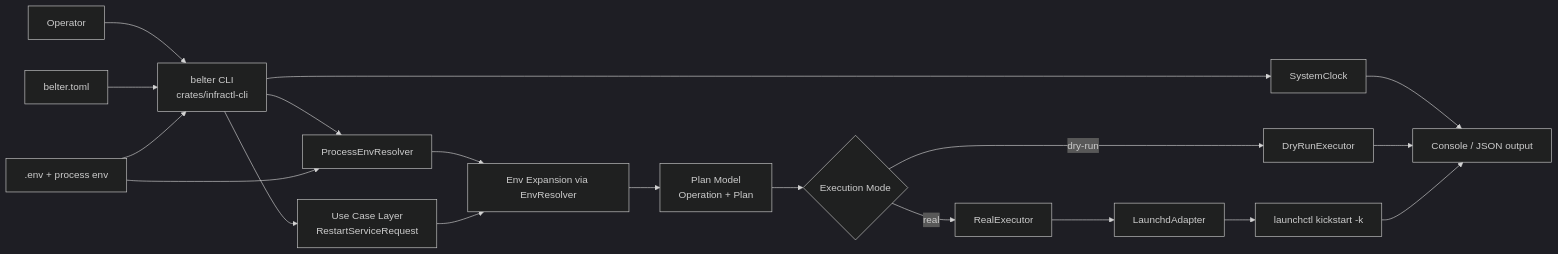
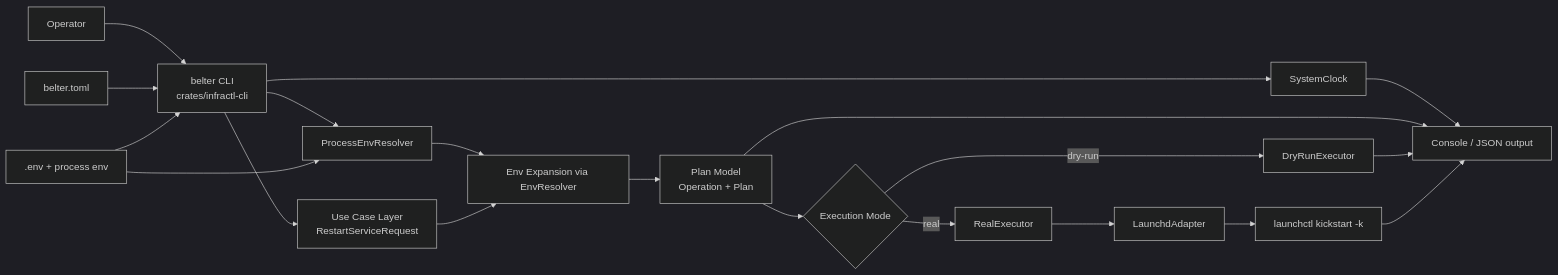
One commit to jasset75/btc-infra-tools changed the diagram in docs/architecture-btc-infra-tools.md. Above: the diagram before and after it, drawn with Mermaid (dark theme). The commit also changed other lines of this file and 10 other files, not shown here.

````diff
--- a/docs/architecture-btc-infra-tools.md
+++ b/docs/architecture-btc-infra-tools.md
@@ -7,24 +7,25 @@
 ```mermaid
 flowchart LR
   U[Operator] --> CLI[belter CLI\ncrates/infractl-cli]
   CFG[belter.toml] --> CLI
   ENV[.env + process env] --> CLI
 
   CLI --> UC[Use Case Layer\nRestartServiceRequest]
   CLI --> ENVRES[ProcessEnvResolver]
   CLI --> CLK[SystemClock]
   ENV --> ENVRES
   CLK --> OUT
   ENVRES --> ENVEXP
   UC --> ENVEXP[Env Expansion via EnvResolver]
   ENVEXP --> PLAN[Plan Model\nOperation + Plan]
+  PLAN --> OUT
 
   PLAN --> EXESEL{Execution Mode}
   EXESEL -->|dry-run| DREX[DryRunExecutor]
   EXESEL -->|real| REX[RealExecutor]
 
   DREX --> OUT[Console / JSON output]
   REX --> LAD[LaunchdAdapter]
   LAD --> LCTL[launchctl kickstart -k]
   LCTL --> OUT
 ```
````
